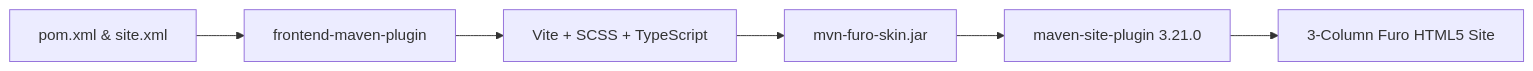
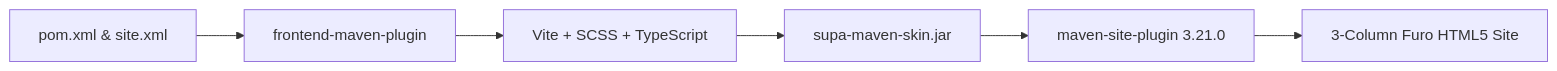
Before and after one commit to mepcotterell/supa-maven-skin: the diagram in src/site/markdown/kitchen-sink.md, drawn with Mermaid. The commit also changed other lines of this file and 24 other files, not shown here.

Commit message:
Rename project to supa-maven-skin, add accessible color schemes, diff highlighting, and CI workflow

````diff
--- a/src/site/markdown/kitchen-sink.md
+++ b/src/site/markdown/kitchen-sink.md
@@ -134,8 +134,8 @@
 ```mermaid
 flowchart LR
     A[pom.xml & site.xml] --> B[frontend-maven-plugin]
     B --> C[Vite + SCSS + TypeScript]
-    C --> D[mvn-furo-skin.jar]
+    C --> D[supa-maven-skin.jar]
     D --> E[maven-site-plugin 3.21.0]
     E --> F[3-Column Furo HTML5 Site]
 ```
````
